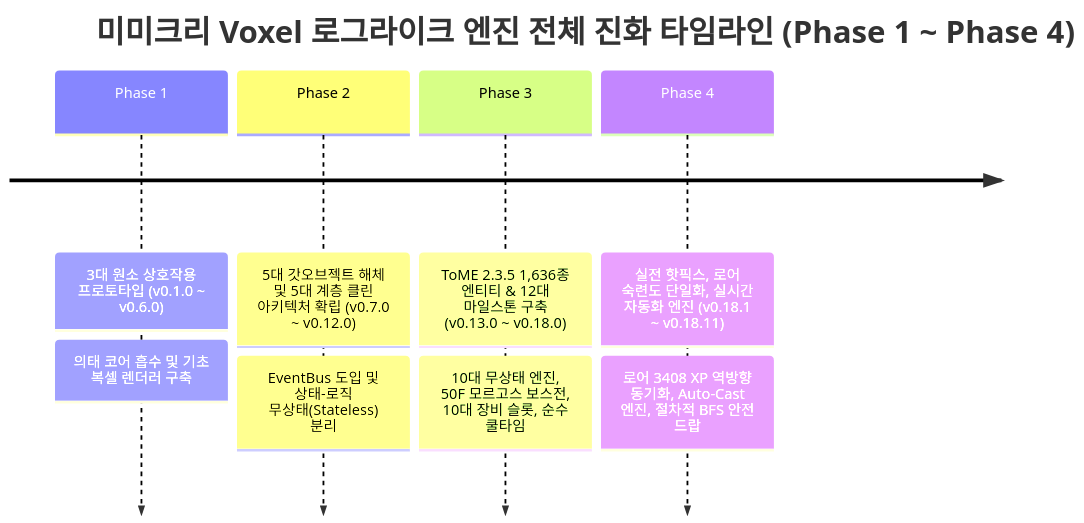
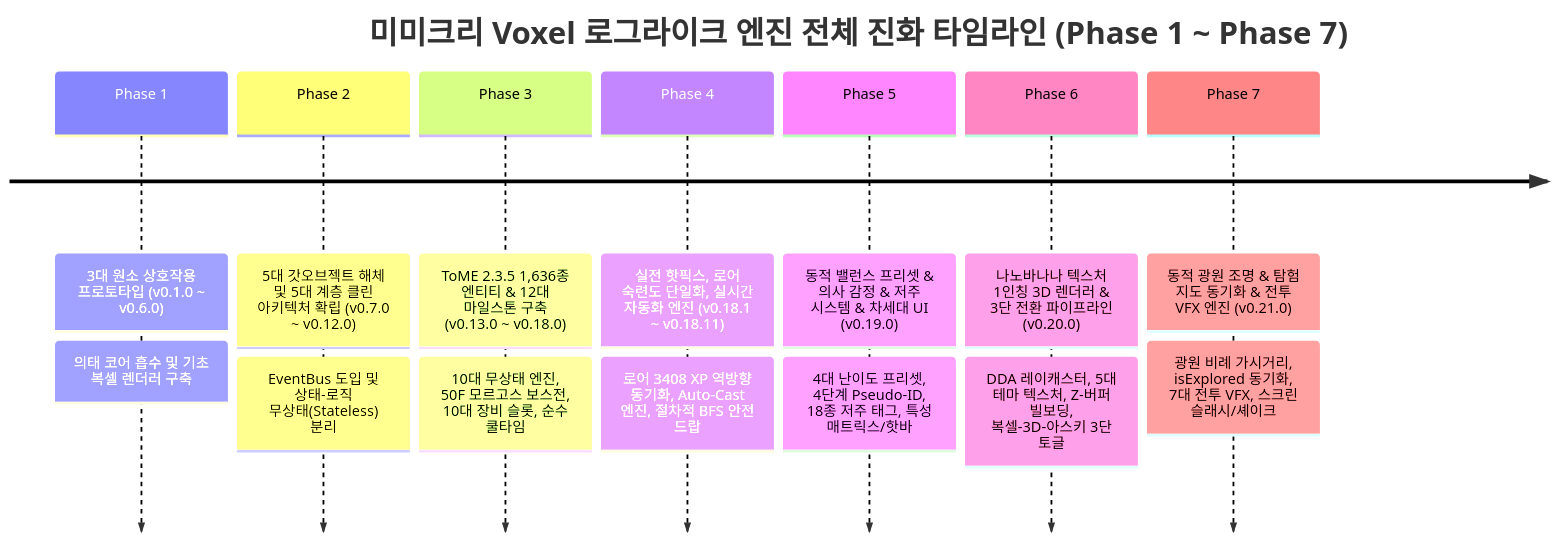
The diagram in DEVELOPMENT_LOG.md (loverspath/mimicry_voxel), drawn with Mermaid before and after one commit. The commit also changed other lines of this file and 53 other files, not shown here.

Commit message:
feat: v0.21.0 - Add Experimental 3D Dungeon Crawler Fork, Dynamic Balance Presets, Pseudo-ID, Curses & NanoBanana Combat VFX

````diff
--- a/DEVELOPMENT_LOG.md
+++ b/DEVELOPMENT_LOG.md
@@ -18,12 +20,18 @@
 ```mermaid
 timeline
-    title 미미크리 Voxel 로그라이크 엔진 전체 진화 타임라인 (Phase 1 ~ Phase 4)
+    title 미미크리 Voxel 로그라이크 엔진 전체 진화 타임라인 (Phase 1 ~ Phase 7)
     Phase 1 : 3대 원소 상호작용 프로토타입 (v0.1.0 ~ v0.6.0)
             : 의태 코어 흡수 및 기초 복셀 렌더러 구축
     Phase 2 : 5대 갓오브젝트 해체 및 5대 계층 클린 아키텍처 확립 (v0.7.0 ~ v0.12.0)
             : EventBus 도입 및 상태-로직 무상태(Stateless) 분리
     Phase 3 : ToME 2.3.5 1,636종 엔티티 & 12대 마일스톤 구축 (v0.13.0 ~ v0.18.0)
             : 10대 무상태 엔진, 50F 모르고스 보스전, 10대 장비 슬롯, 순수 쿨타임
     Phase 4 : 실전 핫픽스, 로어 숙련도 단일화, 실시간 자동화 엔진 (v0.18.1 ~ v0.18.11)
             : 로어 3408 XP 역방향 동기화, Auto-Cast 엔진, 절차적 BFS 안전 드랍
+    Phase 5 : 동적 밸런스 프리셋 & 의사 감정 & 저주 시스템 & 차세대 UI (v0.19.0)
+            : 4대 난이도 프리셋, 4단계 Pseudo-ID, 18종 저주 태그, 특성 매트릭스/핫바
+    Phase 6 : 나노바나나 텍스처 1인칭 3D 렌더러 & 3단 전환 파이프라인 (v0.20.0)
+            : DDA 레이캐스터, 5대 테마 텍스처, Z-버퍼 빌보딩, 복셀-3D-아스키 3단 토글
+    Phase 7 : 동적 광원 조명 & 탐험 지도 동기화 & 전투 VFX 엔진 (v0.21.0)
+            : 광원 비례 가시거리, isExplored 동기화, 7대 전투 VFX, 스크린 슬래시/셰이크
 ```
````
